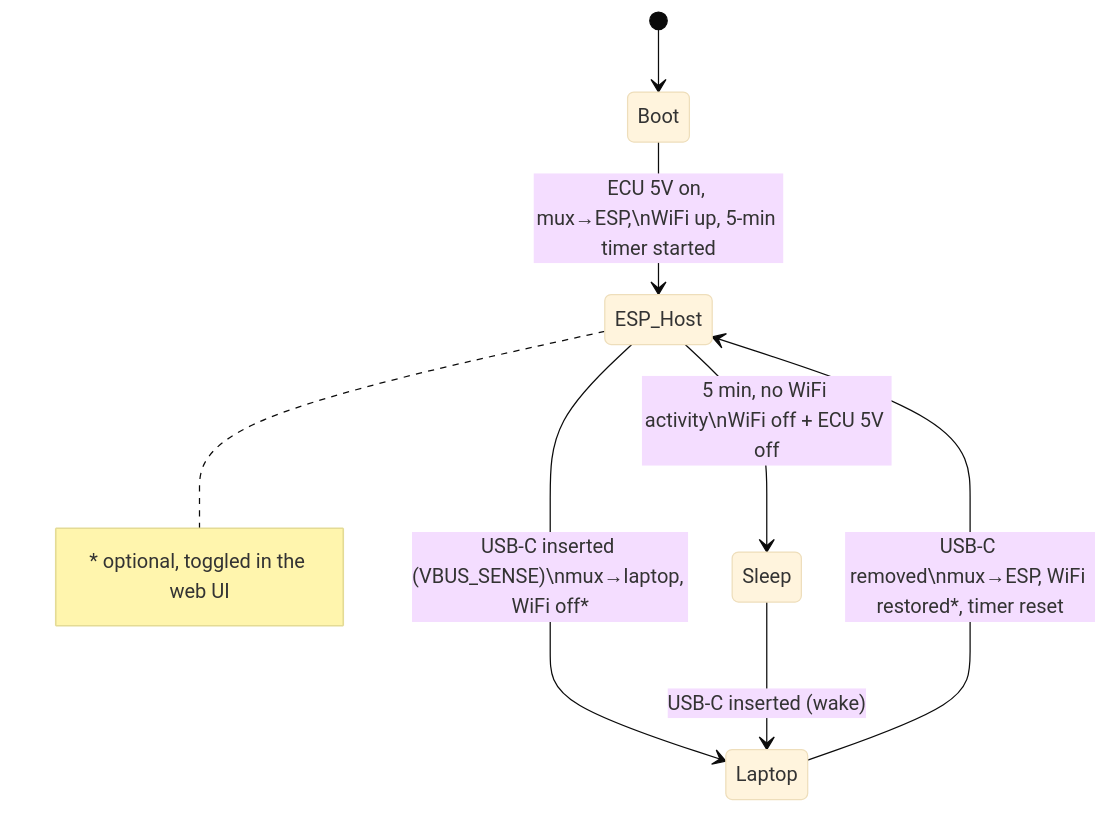
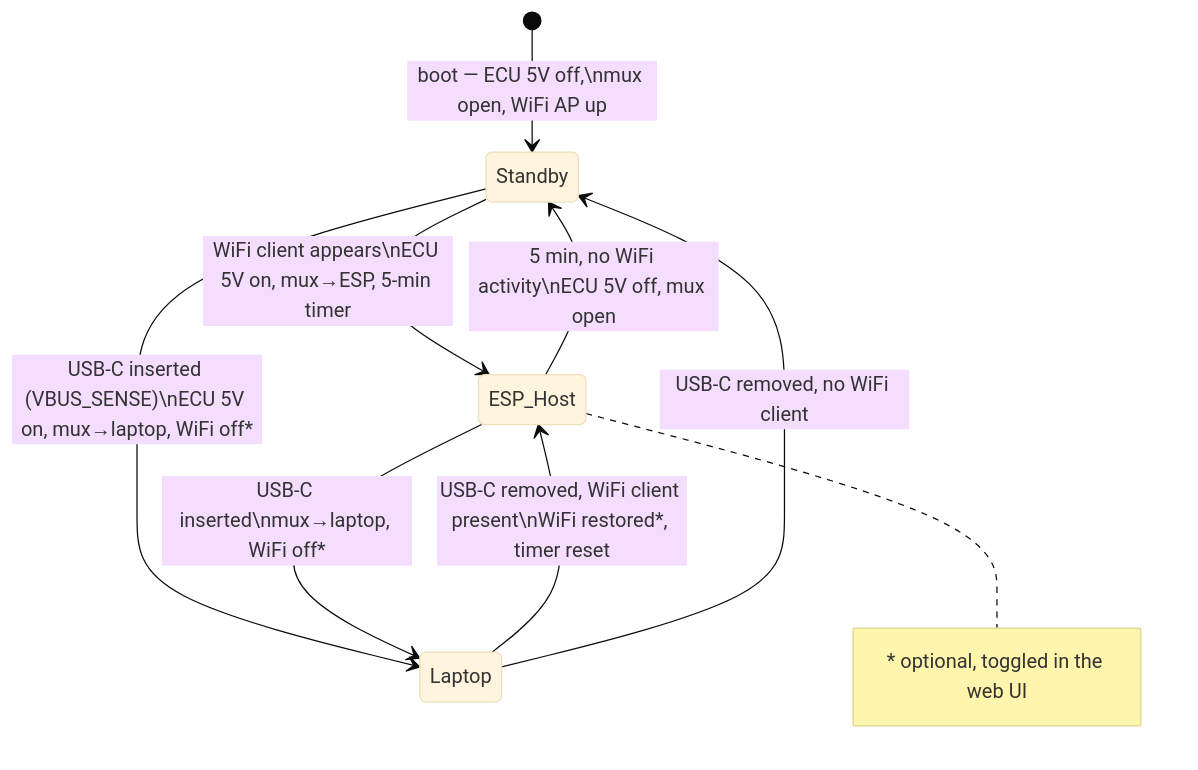
Before and after one commit to adamforbes92/usb2ip: the diagram in README.md, drawn with Mermaid (base theme). The commit also changed other lines of this file, not shown here.

````diff
--- a/README.md
+++ b/README.md
@@ -105,12 +108,13 @@
 ```mermaid
 stateDiagram-v2
-    [*] --> Boot
-    Boot --> ESP_Host: ECU 5V on, mux→ESP,\nWiFi up, 5-min timer started
-    ESP_Host --> Laptop: USB-C inserted (VBUS_SENSE)\nmux→laptop, WiFi off*
-    Laptop --> ESP_Host: USB-C removed\nmux→ESP, WiFi restored*, timer reset
-    ESP_Host --> Sleep: 5 min, no WiFi activity\nWiFi off + ECU 5V off
-    Sleep --> Laptop: USB-C inserted (wake)
+    [*] --> Standby: boot — ECU 5V off,\nmux open, WiFi AP up
+    Standby --> ESP_Host: WiFi client appears\nECU 5V on, mux→ESP, 5-min timer
+    Standby --> Laptop: USB-C inserted (VBUS_SENSE)\nECU 5V on, mux→laptop, WiFi off*
+    ESP_Host --> Laptop: USB-C inserted\nmux→laptop, WiFi off*
+    Laptop --> ESP_Host: USB-C removed, WiFi client present\nWiFi restored*, timer reset
+    Laptop --> Standby: USB-C removed, no WiFi client
+    ESP_Host --> Standby: 5 min, no WiFi activity\nECU 5V off, mux open
     note right of ESP_Host
         * optional, toggled in the web UI
     end note
 ```
````
